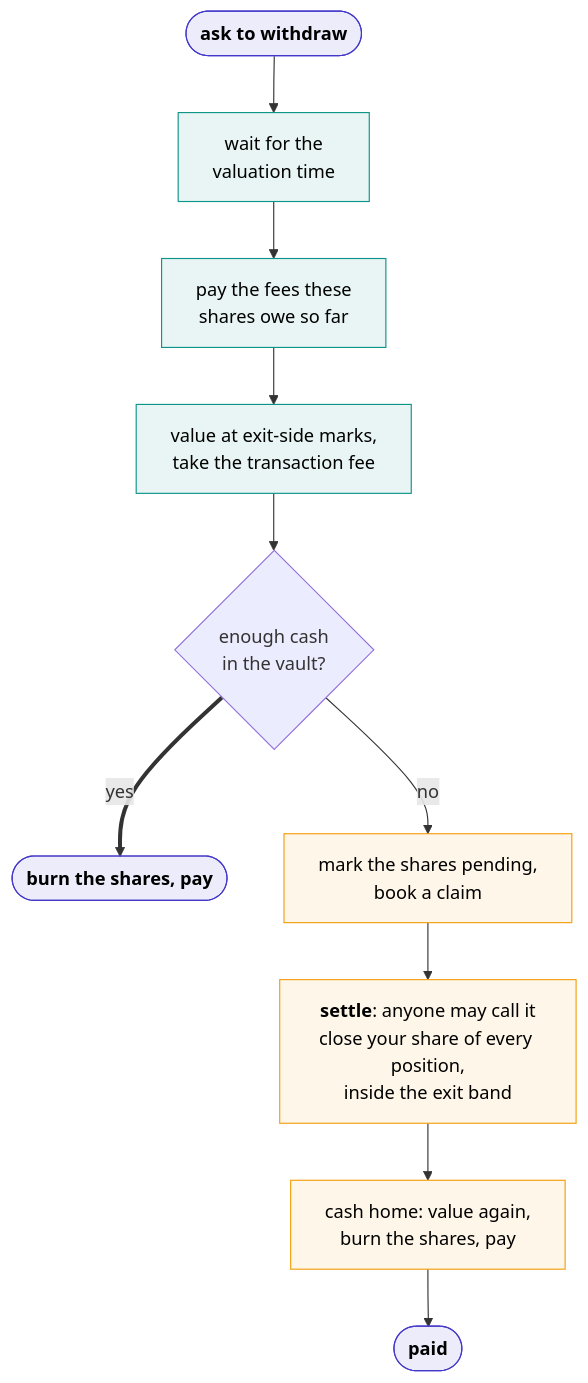
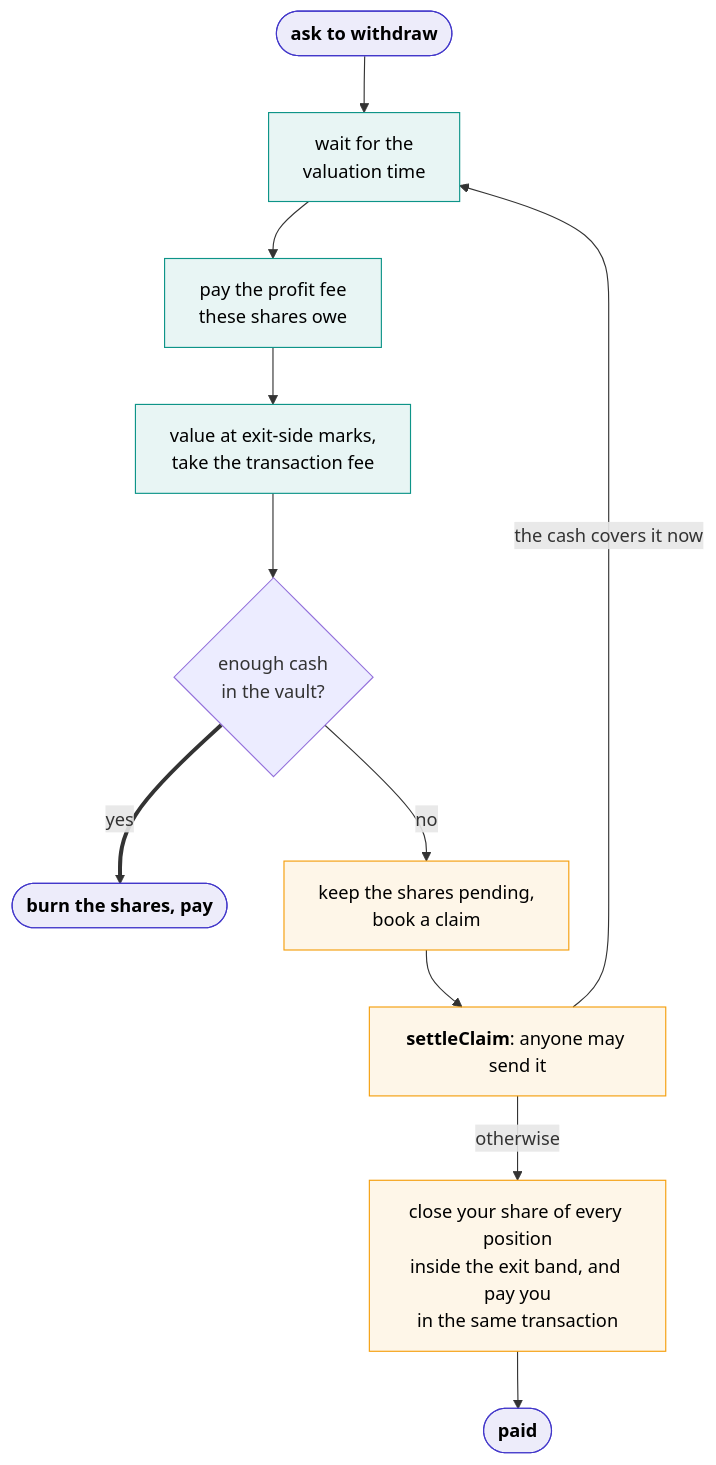
The second of 2 diagrams in docs/content/under-the-hood/vaults.md (ShoninFi/shonin-platform), drawn with Mermaid before and after one commit. The commit also changed other lines of this file and 14 other files, not shown here.

````diff
--- a/docs/content/under-the-hood/vaults.md
+++ b/docs/content/under-the-hood/vaults.md
@@ -75,19 +77,20 @@
 ```mermaid
 flowchart TB
     R(["ask to withdraw"]) --> T["wait for the<br/>valuation time"]
-    T --> C["pay the fees these<br/>shares owe so far"]
+    T --> C["pay the profit fee<br/>these shares owe"]
     C --> V["value at exit-side marks,<br/>take the transaction fee"]
     V --> Q{"enough cash<br/>in the vault?"}
     Q ==>|yes| P(["burn the shares, pay"])
-    Q -->|no| B["mark the shares pending,<br/>book a claim"]
-    B --> S["<b>settle</b>: anyone may call it<br/>close your share of every position,<br/>inside the exit band"]
-    S --> H["cash home: value again,<br/>burn the shares, pay"]
+    Q -->|no| B["keep the shares pending,<br/>book a claim"]
+    B --> S["<b>settleClaim</b>: anyone may send it"]
+    S -->|"the cash covers it now"| T
+    S -->|"otherwise"| H["close your share of every position<br/>inside the exit band, and pay you<br/>in the same transaction"]
     H --> P2(["paid"])
 
     classDef fast fill:#0d948818,stroke:#0d9488,color:inherit
     classDef slow fill:#f59e0b18,stroke:#f59e0b,color:inherit
     classDef ends fill:#4338ca18,stroke:#4338ca,color:inherit,font-weight:bold
     class T,C,V fast
     class B,S,H slow
     class R,P,P2 ends
 ```
````
